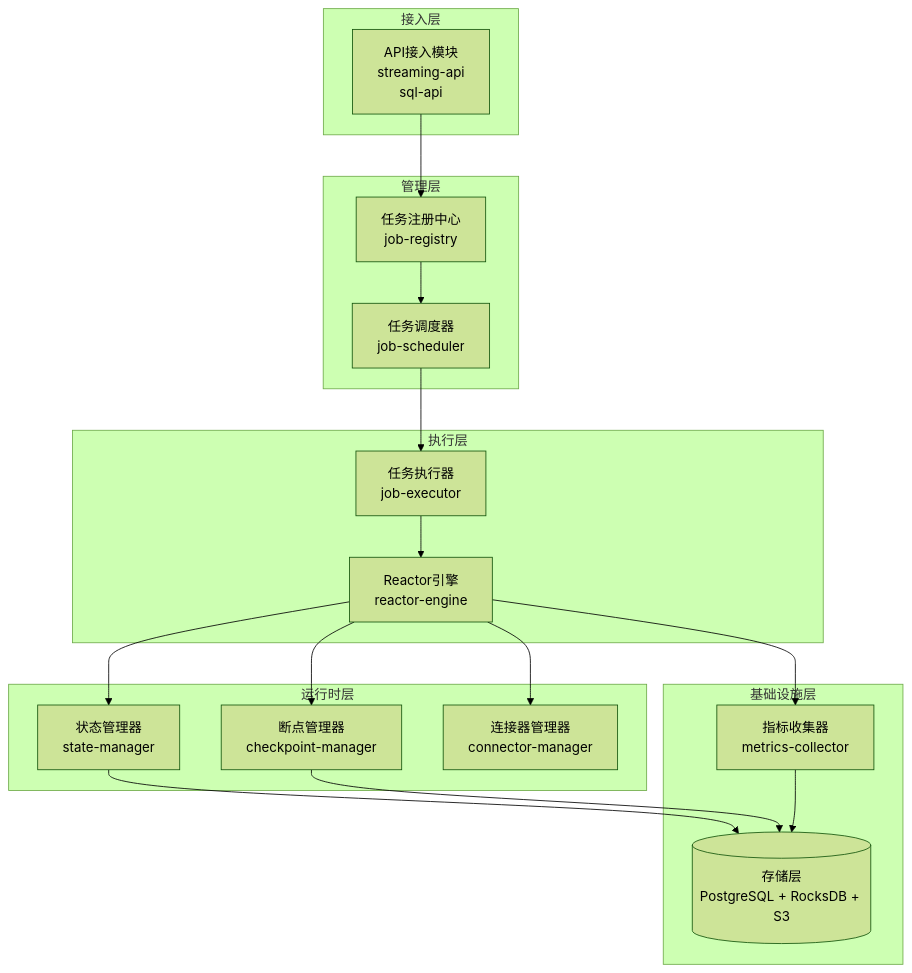
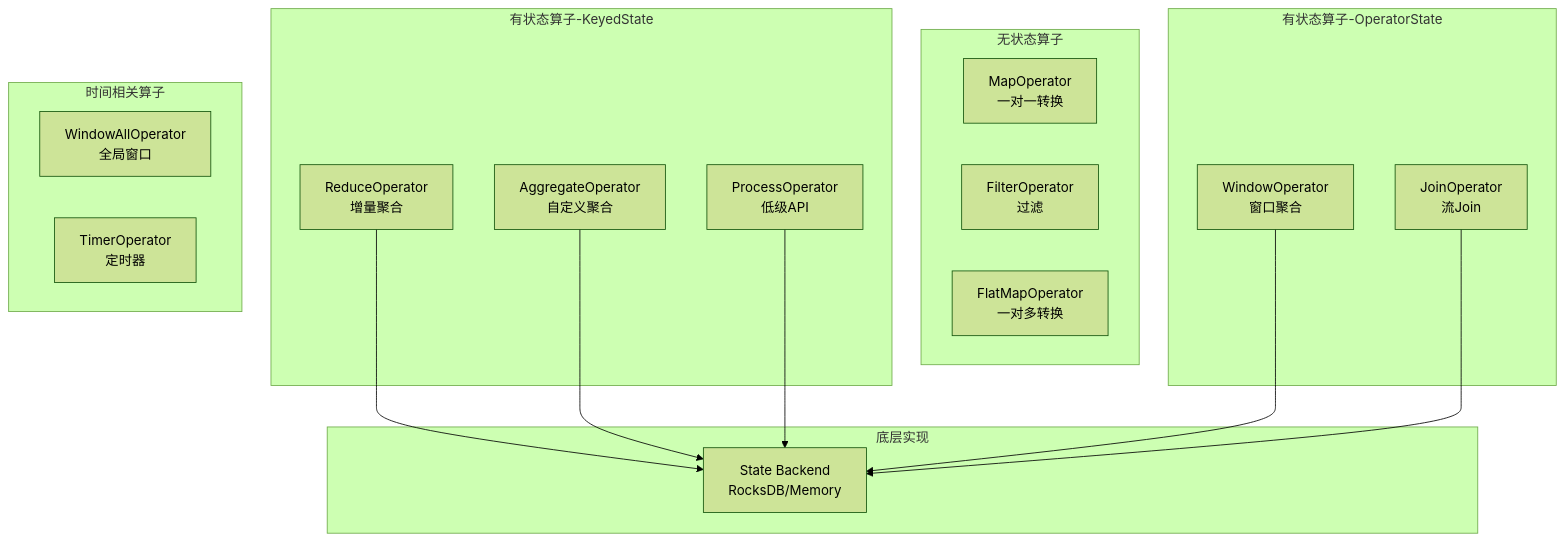
The second of 8 diagrams in pipeline-framework-design.md (312268112/advanced-java), drawn with Mermaid (forest theme) before and after one commit. The commit also changed other lines of this file, not shown here.

````diff
--- a/pipeline-framework-design.md
+++ b/pipeline-framework-design.md
@@ -40,39 +547,34 @@
 ```mermaid
 graph TB
-    subgraph "接入层"
-        API[API接入模块<br/>streaming-api<br/>sql-api]
+    subgraph "无状态算子"
+        Map[MapOperator<br/>一对一转换]
+        Filter[FilterOperator<br/>过滤]
+        FlatMap[FlatMapOperator<br/>一对多转换]
     end
     
-    subgraph "管理层"
-        Registry[任务注册中心<br/>job-registry]
-        Scheduler[任务调度器<br/>job-scheduler]
+    subgraph "有状态算子-KeyedState"
+        Reduce[ReduceOperator<br/>增量聚合]
+        Aggregate[AggregateOperator<br/>自定义聚合]
+        Process[ProcessOperator<br/>低级API]
     end
     
-    subgraph "执行层"
-        Executor[任务执行器<br/>job-executor]
-        ReactorEngine[Reactor引擎<br/>reactor-engine]
+    subgraph "有状态算子-OperatorState"
+        Window[WindowOperator<br/>窗口聚合]
+        Join[JoinOperator<br/>流Join]
     end
     
-    subgraph "运行时层"
-        StateManager[状态管理器<br/>state-manager]
-        CheckpointManager[断点管理器<br/>checkpoint-manager]
-        ConnectorManager[连接器管理器<br/>connector-manager]
+    subgraph "时间相关算子"
+        WindowAll[WindowAllOperator<br/>全局窗口]
+        Timer[TimerOperator<br/>定时器]
     end
     
-    subgraph "基础设施层"
-        MetricsCollector[指标收集器<br/>metrics-collector]
-        Storage[(存储层<br/>PostgreSQL + RocksDB + S3)]
+    subgraph "底层实现"
+        State[State Backend<br/>RocksDB/Memory]
     end
     
-    API --> Registry
-    Registry --> Scheduler
-    Scheduler --> Executor
-    Executor --> ReactorEngine
-    ReactorEngine --> StateManager
-    ReactorEngine --> CheckpointManager
-    ReactorEngine --> ConnectorManager
-    ReactorEngine --> MetricsCollector
-    StateManager --> Storage
-    CheckpointManager --> Storage
-    MetricsCollector --> Storage
+    Reduce --> State
+    Aggregate --> State
+    Process --> State
+    Window --> State
+    Join --> State
 ```
````
